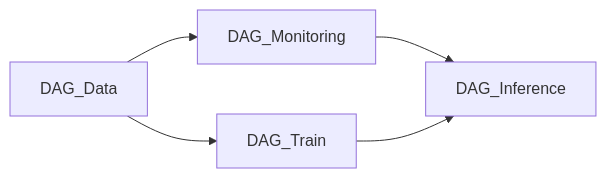
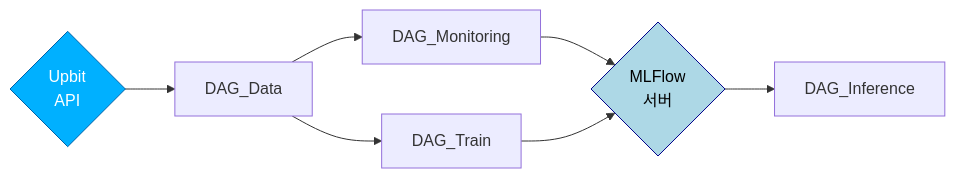
The diagram in README.md (kanevvv/gorani), drawn with Mermaid before and after one commit.

````diff
--- a/README.md
+++ b/README.md
@@ -11,11 +11,12 @@
 ```mermaid
 graph LR;
-    DAG_Data[DAG_Data] --> DAG_Train;
+    Upbit{Upbit<br>API} --> DAG_Data;
+    DAG_Data --> DAG_Train;
     DAG_Data --> DAG_Monitoring;
-    DAG_Monitoring --> DAG_Inference;
-    DAG_Train --> DAG_Inference
+    DAG_Monitoring --> MLFlow_서버{MLFlow<br>서버};
+    DAG_Train --> MLFlow_서버{MLFlow<br>서버};
+    MLFlow_서버{MLFlow<br>서버} --> DAG_Inference;
 
-
-%%style DAG_Data fill:#f9f,stroke:#333,stroke-width:2px
-%%style DAG_Data fill:#bbf,stroke:#f00,stroke-width:3px,color:#fff
+style MLFlow_서버 fill:#ADD8E6,stroke:#00008B,color:#000000
+style Upbit fill:#00B0FF,stroke:#0061A8,color:#FFFFFF
 ```
````
